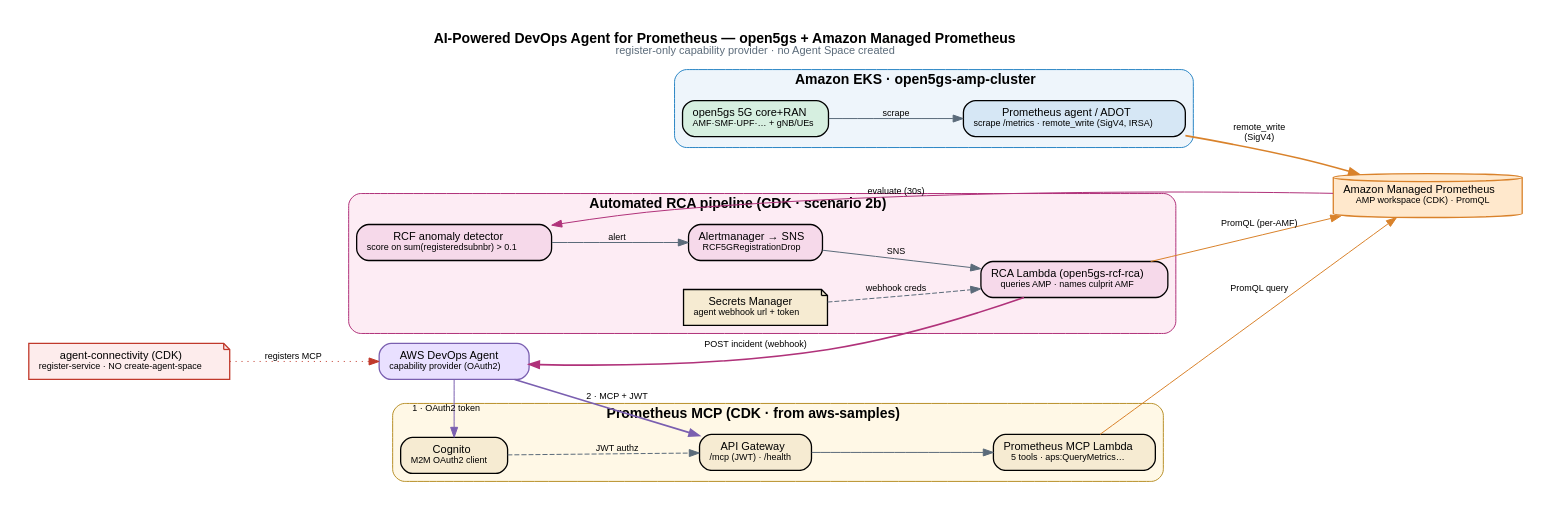
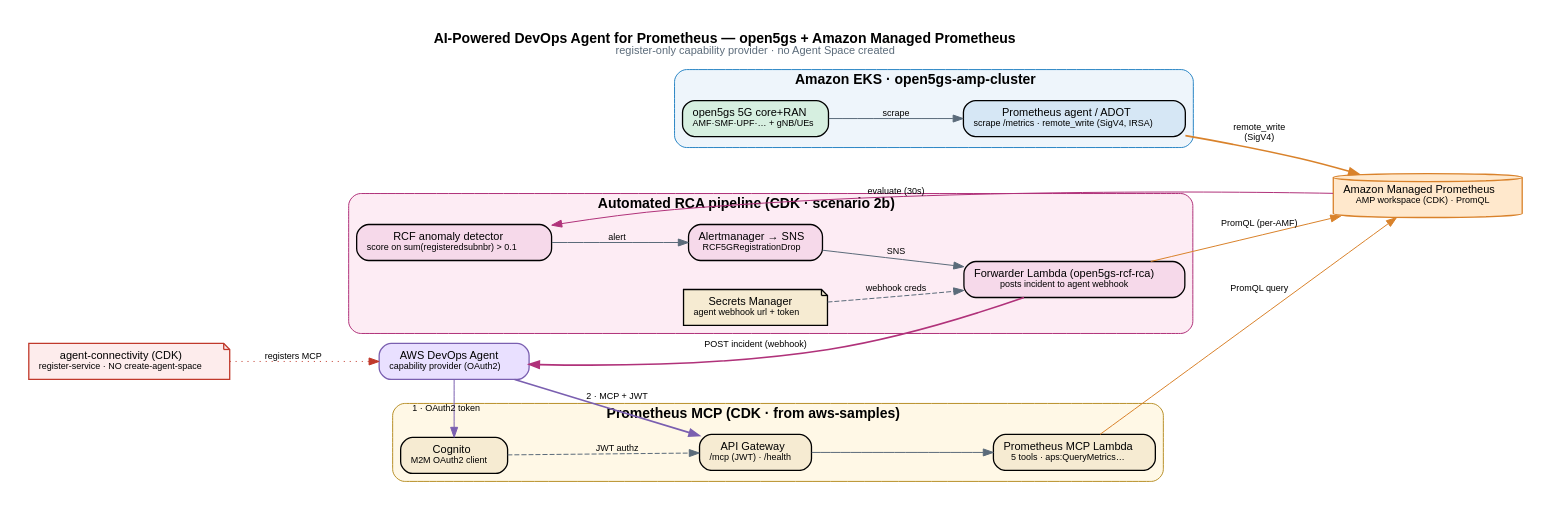
The diagram in docs/diagrams/architecture.dot (aws-solutions-library-samples/guidance-for-ai-powered-devops-agent-for-prometheus-anomaly-detection), drawn with Graphviz before and after one commit. The commit also changed 16 other files, not shown here.

```diff
--- a/docs/diagrams/architecture.dot
+++ b/docs/diagrams/architecture.dot
@@ -1,45 +1,45 @@
 digraph amp {
   rankdir=LR; bgcolor="white"; pad=0.3; nodesep=0.4; ranksep=0.9;
   graph [fontname="Helvetica", label=<<B>AI-Powered DevOps Agent for Prometheus — open5gs + Amazon Managed Prometheus</B><BR/><FONT POINT-SIZE="11" COLOR="#5b6b7a">register-only capability provider · no Agent Space created</FONT>>, labelloc=t];
   node [fontname="Helvetica", fontsize=11, shape=box, style="rounded,filled", penwidth=1.3, margin="0.14,0.09"];
   edge [fontname="Helvetica", fontsize=9, color="#5b6b7a"];
 
   subgraph cluster_eks {
     label=<<B>Amazon EKS · open5gs-amp-cluster</B>>; style="rounded,filled"; fillcolor="#eef5fb"; color="#2b86c5";
     core [label=<open5gs 5G core+RAN<BR/><FONT POINT-SIZE="9">AMF·SMF·UPF·… + gNB/UEs</FONT>>, fillcolor="#d6efe0"];
     promagent [label=<Prometheus agent / ADOT<BR/><FONT POINT-SIZE="9">scrape /metrics · remote_write (SigV4, IRSA)</FONT>>, fillcolor="#d6e7f5"];
     core -> promagent [label="scrape"];
   }
 
   amp [label=<Amazon Managed Prometheus<BR/><FONT POINT-SIZE="9">AMP workspace (CDK) · PromQL</FONT>>, shape=cylinder, fillcolor="#ffe8cc", color="#d9822b"];
   promagent -> amp [label="remote_write\n(SigV4)", color="#d9822b", penwidth=1.6];
 
   subgraph cluster_mcp {
     label=<<B>Prometheus MCP (CDK · from aws-samples)</B>>; style="rounded,filled"; fillcolor="#fff8e6"; color="#b8902a";
     cog [label=<Cognito<BR/><FONT POINT-SIZE="9">M2M OAuth2 client</FONT>>, fillcolor="#f6ebd2"];
     apigw [label=<API Gateway<BR/><FONT POINT-SIZE="9">/mcp (JWT) · /health</FONT>>, fillcolor="#f6ebd2"];
     lam [label=<Prometheus MCP Lambda<BR/><FONT POINT-SIZE="9">5 tools · aps:QueryMetrics…</FONT>>, fillcolor="#f6ebd2"];
     apigw -> lam; cog -> apigw [style=dashed, label="JWT authz"];
   }
   lam -> amp [label="PromQL query", color="#d9822b"];
 
   agent [label=<AWS DevOps Agent<BR/><FONT POINT-SIZE="9">capability provider (OAuth2)</FONT>>, fillcolor="#e9e0ff", color="#7a5fb0"];
   agent -> cog [label="1 · OAuth2 token", color="#7a5fb0"];
   agent -> apigw [label="2 · MCP + JWT", color="#7a5fb0", penwidth=1.6];
 
   conncdk [label=<agent-connectivity (CDK)<BR/><FONT POINT-SIZE="9">register-service · NO create-agent-space</FONT>>, shape=note, fillcolor="#fdecec", color="#c0392b"];
   conncdk -> agent [style=dotted, label="registers MCP", color="#c0392b"];
 
-  // ── Automated RCA pipeline (scenario 2b): RCF alert → SNS → RCA Lambda → DevOps Agent webhook ──
+  // ── Alert-forwarding pipeline: RCF alert → SNS → forwarder Lambda → DevOps Agent webhook ──
   subgraph cluster_rca {
     label=<<B>Automated RCA pipeline (CDK · scenario 2b)</B>>; style="rounded,filled"; fillcolor="#fdecf4"; color="#b0327a";
     rcf [label=<RCF anomaly detector<BR/><FONT POINT-SIZE="9">score on sum(registeredsubnbr) &gt; 0.1</FONT>>, fillcolor="#f6d9ea"];
     almgr [label=<Alertmanager → SNS<BR/><FONT POINT-SIZE="9">RCF5GRegistrationDrop</FONT>>, fillcolor="#f6d9ea"];
-    rca [label=<RCA Lambda (open5gs-rcf-rca)<BR/><FONT POINT-SIZE="9">queries AMP · names culprit AMF</FONT>>, fillcolor="#f6d9ea"];
+    rca [label=<Forwarder Lambda (open5gs-rcf-rca)<BR/><FONT POINT-SIZE="9">posts incident to agent webhook</FONT>>, fillcolor="#f6d9ea"];
     sm [label=<Secrets Manager<BR/><FONT POINT-SIZE="9">agent webhook url + token</FONT>>, shape=note, fillcolor="#f6ebd2"];
     rcf -> almgr [label="alert"]; almgr -> rca [label="SNS"]; sm -> rca [style=dashed, label="webhook creds"];
   }
   amp -> rcf [label="evaluate (30s)", color="#b0327a"];
   rca -> amp [label="PromQL (per-AMF)", color="#d9822b"];
   rca -> agent [label="POST incident (webhook)", color="#b0327a", penwidth=1.6];
 }
```
